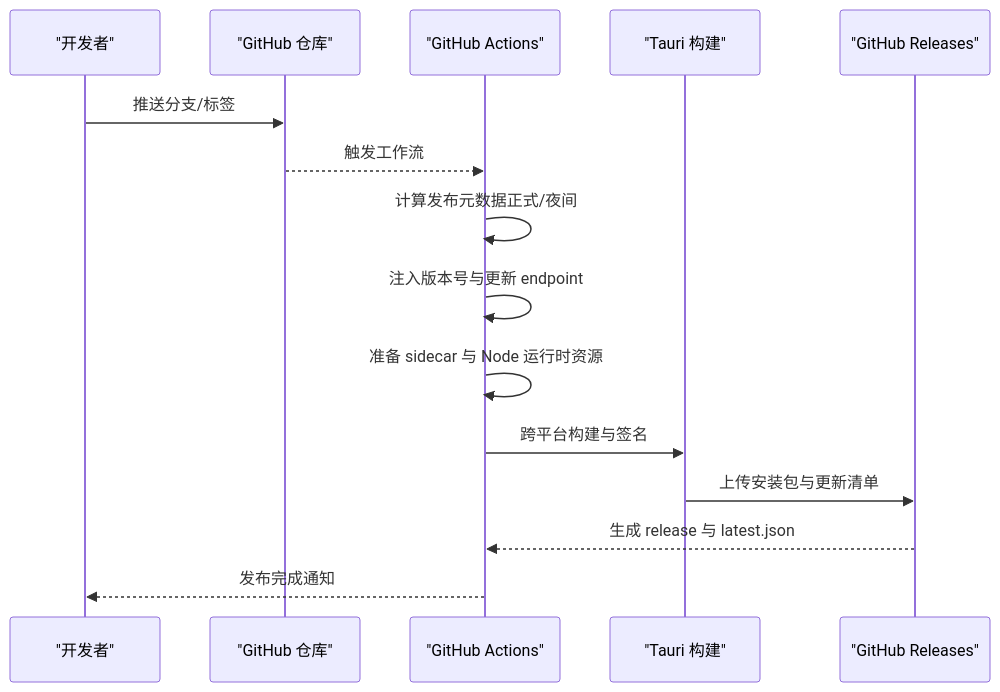
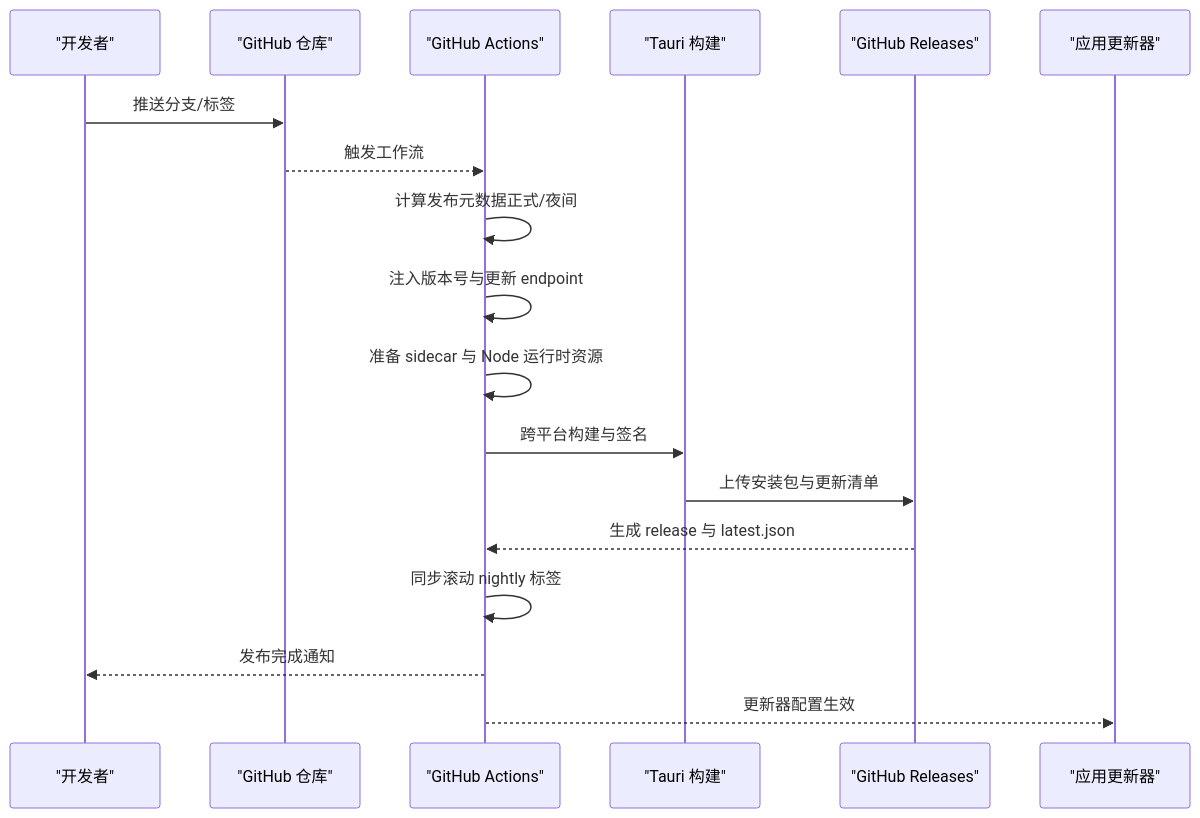
The second of 7 diagrams in .qoder/repowiki/zh/content/部署和发布/发布流程.md (RabbitAI-Lab/RabbitCoding), drawn with Mermaid before and after one commit. The commit also changed other lines of this file and 32 other files, not shown here.

````diff
--- a/.qoder/repowiki/zh/content/部署和发布/发布流程.md
+++ b/.qoder/repowiki/zh/content/部署和发布/发布流程.md
@@ -88,17 +106,20 @@
 ```mermaid
 sequenceDiagram
 participant Dev as "开发者"
 participant GH as "GitHub 仓库"
 participant CI as "GitHub Actions"
 participant Tauri as "Tauri 构建"
 participant Rel as "GitHub Releases"
+participant Updater as "应用更新器"
 Dev->>GH : 推送分支/标签
 GH-->>CI : 触发工作流
 CI->>CI : 计算发布元数据正式/夜间
 CI->>CI : 注入版本号与更新 endpoint
 CI->>CI : 准备 sidecar 与 Node 运行时资源
 CI->>Tauri : 跨平台构建与签名
 Tauri->>Rel : 上传安装包与更新清单
 Rel-->>CI : 生成 release 与 latest.json
+CI->>CI : 同步滚动 nightly 标签
 CI-->>Dev : 发布完成通知
+CI-->>Updater : 更新器配置生效
 ```
````
